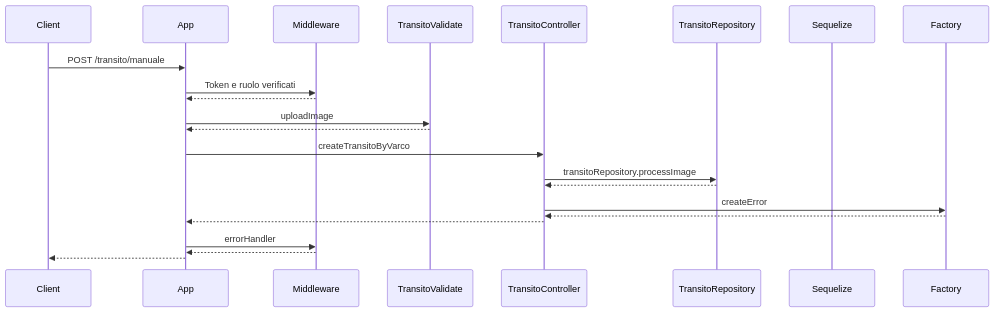
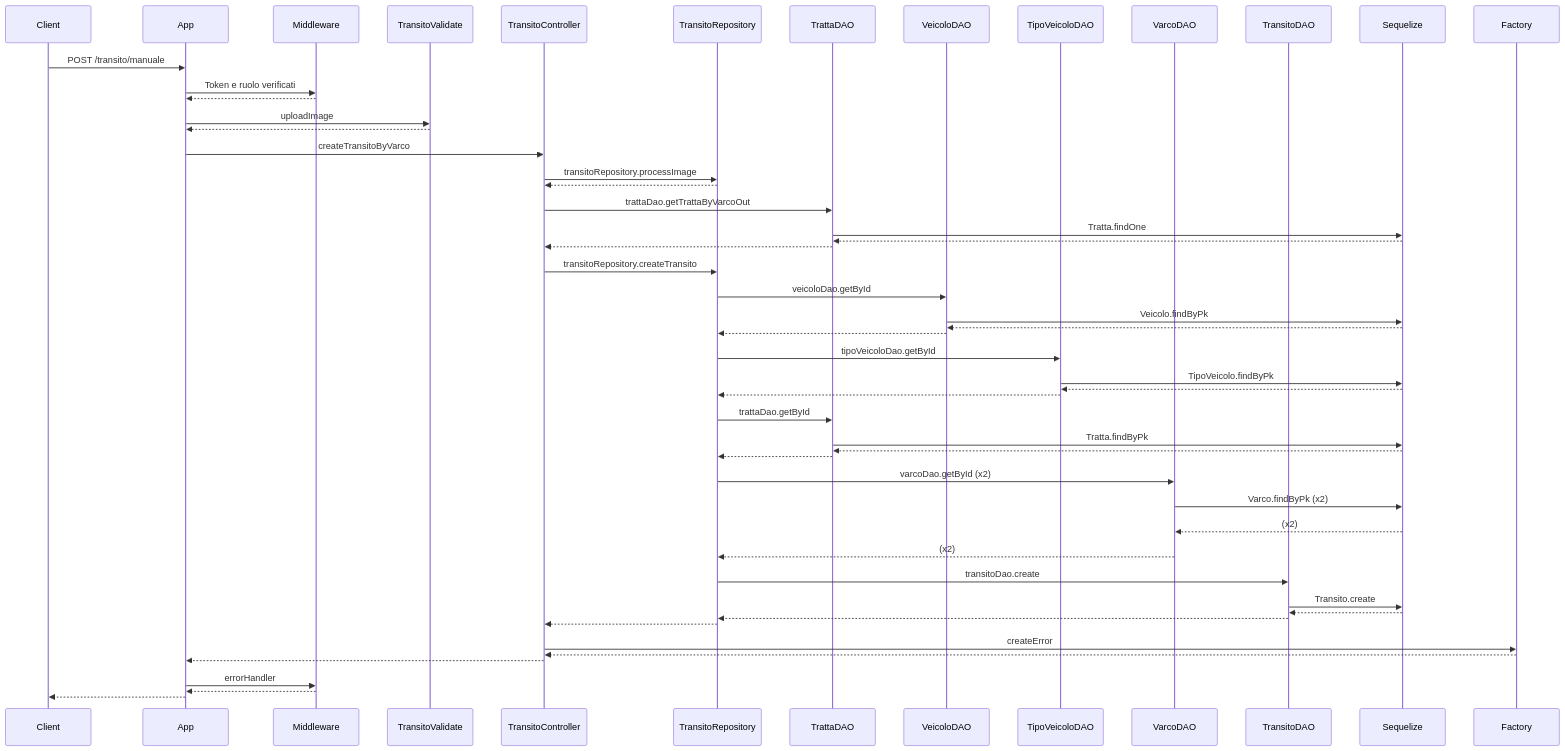
Before and after one commit to MattSona99/ProgettoPA: diagram 11 of 14 in README.md, drawn with Mermaid. The commit also changed other lines of this file, not shown here.

````diff
--- a/README.md
+++ b/README.md
@@ -587,26 +603,57 @@
 ```mermaid
 sequenceDiagram
   participant C as Client
   participant A as App
   participant M as Middleware
   participant TV as TransitoValidate
   participant CN as TransitoController
   participant R as TransitoRepository
+  participant TTD as TrattaDAO
+  participant VD as VeicoloDAO
+  participant TVD as TipoVeicoloDAO
+  participant VCD as VarcoDAO
+  participant TD as TransitoDAO
   participant S as Sequelize
   participant F as Factory
 
   C ->> A: POST /transito/manuale
   A ->> M: Token e ruolo verificati
   M -->> A: 
   A ->> TV: uploadImage
   TV -->> A:
   A ->> CN: createTransitoByVarco
   CN ->> R: transitoRepository.processImage
+  R -->> CN:
+  CN ->> TTD: trattaDao.getTrattaByVarcoOut
+  TTD ->> S: Tratta.findOne
+  S -->> TTD:
+  TTD -->> CN:
+  CN ->> R: transitoRepository.createTransito
+  R ->> VD: veicoloDao.getById
+  VD ->> S: Veicolo.findByPk
+  S -->> VD:
+  VD -->> R:
+  R ->> TVD: tipoVeicoloDao.getById
+  TVD ->> S: TipoVeicolo.findByPk
+  S -->> TVD:
+  TVD -->> R:
+  R ->> TTD: trattaDao.getById
+  TTD ->> S: Tratta.findByPk
+  S -->> TTD:
+  TTD -->> R:
+  R ->> VCD: varcoDao.getById (x2)
+  VCD ->> S: Varco.findByPk (x2)
+  S -->> VCD: (x2)
+  VCD -->> R: (x2)
+  R ->> TD: transitoDao.create
+  TD ->> S: Transito.create
+  S -->> TD:
+  TD -->> R:
   R -->> CN: 
   CN ->> F: createError
   F -->> CN: 
   CN -->> A: 
   A ->> M: errorHandler
   M -->> A: 
-  A -->> C: 
+  A -->> C:  
 ```
````
